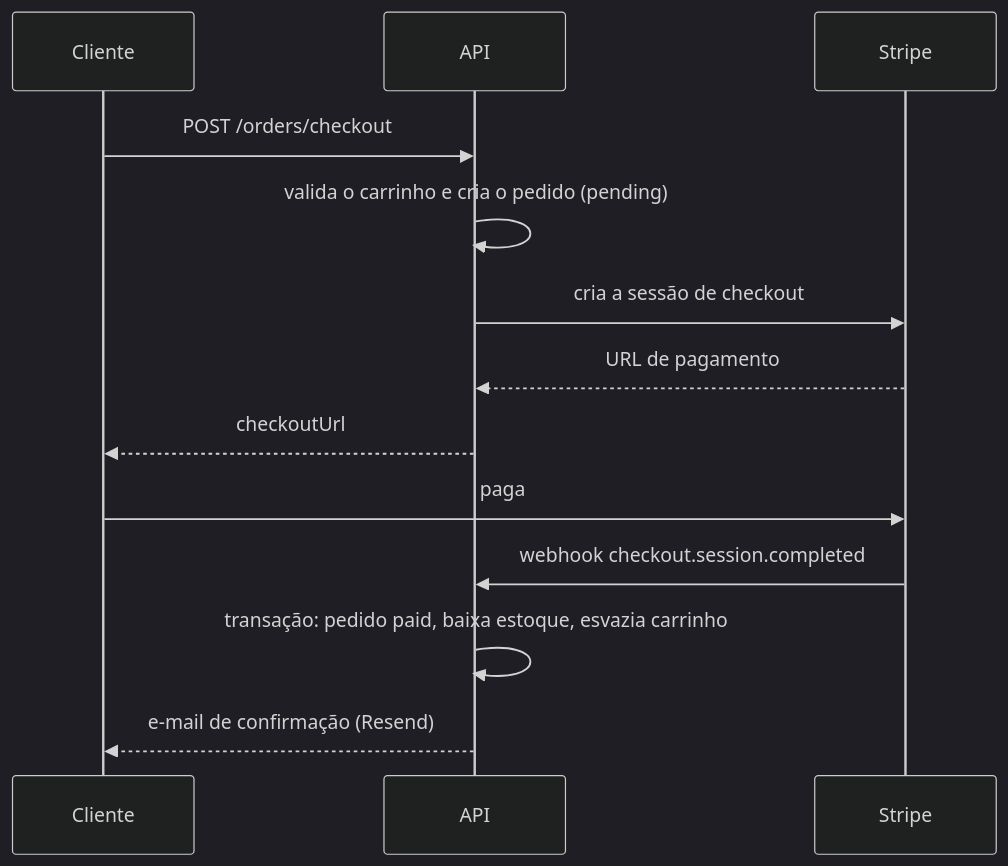
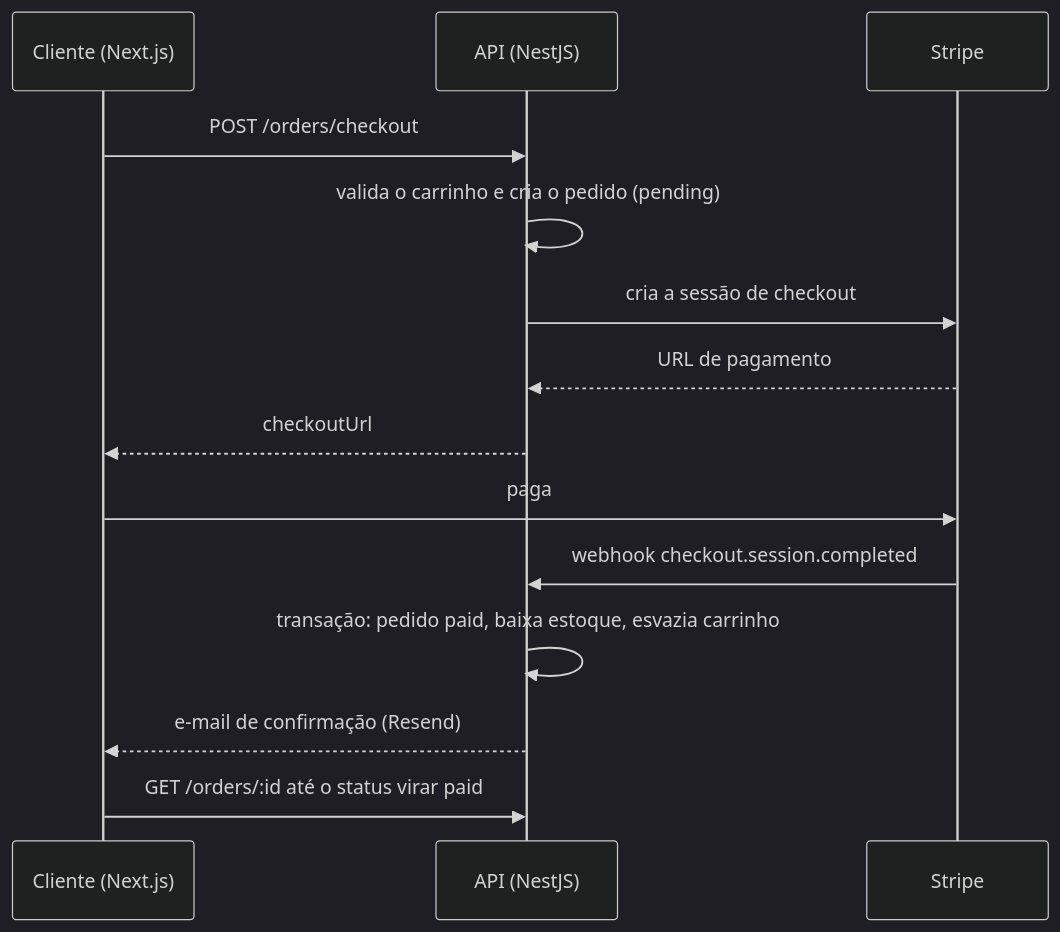
One commit to DeyvidNunes/ecommerce changed the diagram in README.md. Above: the diagram before and after it, drawn with Mermaid (dark theme). The commit also changed other lines of this file and 17 other files, not shown here.

````diff
--- a/README.md
+++ b/README.md
@@ -45,15 +92,16 @@
 ```mermaid
 sequenceDiagram
-    participant C as Cliente
-    participant A as API
+    participant C as Cliente (Next.js)
+    participant A as API (NestJS)
     participant S as Stripe
     C->>A: POST /orders/checkout
     A->>A: valida o carrinho e cria o pedido (pending)
     A->>S: cria a sessão de checkout
     S-->>A: URL de pagamento
     A-->>C: checkoutUrl
     C->>S: paga
     S->>A: webhook checkout.session.completed
     A->>A: transação: pedido paid, baixa estoque, esvazia carrinho
     A-->>C: e-mail de confirmação (Resend)
+    C->>A: GET /orders/:id até o status virar paid
 ```
````
